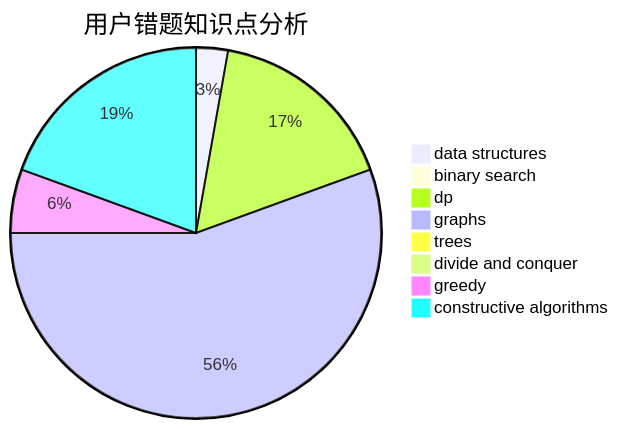
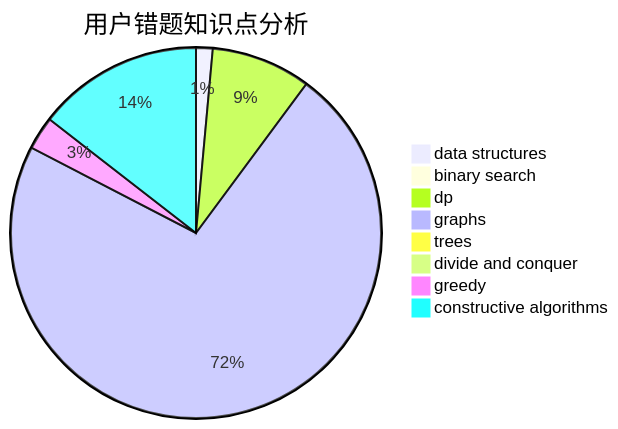
One commit to sherpahu/cfrs.github.io changed the third of 3 diagrams in docs/user/u333.md. Above: the diagram before and after it, drawn with Mermaid. The commit also changed other lines of this file and 2770 other files, not shown here.

````diff
--- a/docs/user/u333.md
+++ b/docs/user/u333.md
@@ -36,11 +36,11 @@
 ```mermaid
 pie title 用户错题知识点分析
     "data structures" :  1
     "binary search" :  0
     "dp" :  6
-    "graphs" :  20
+    "graphs" :  50
     "trees" :  0
     "divide and conquer" :  0
     "greedy" :  2
-    "constructive algorithms" :  7
+    "constructive algorithms" :  10
 ```
````
